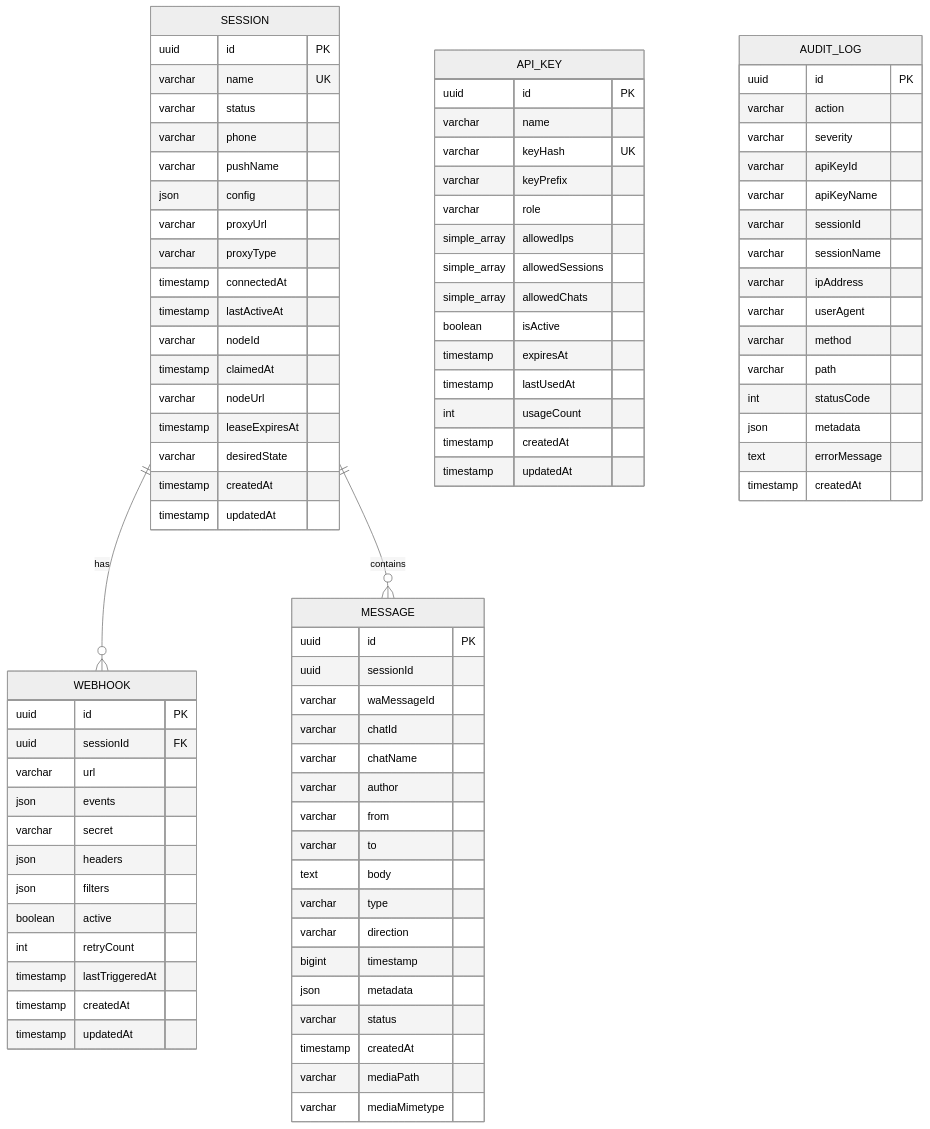
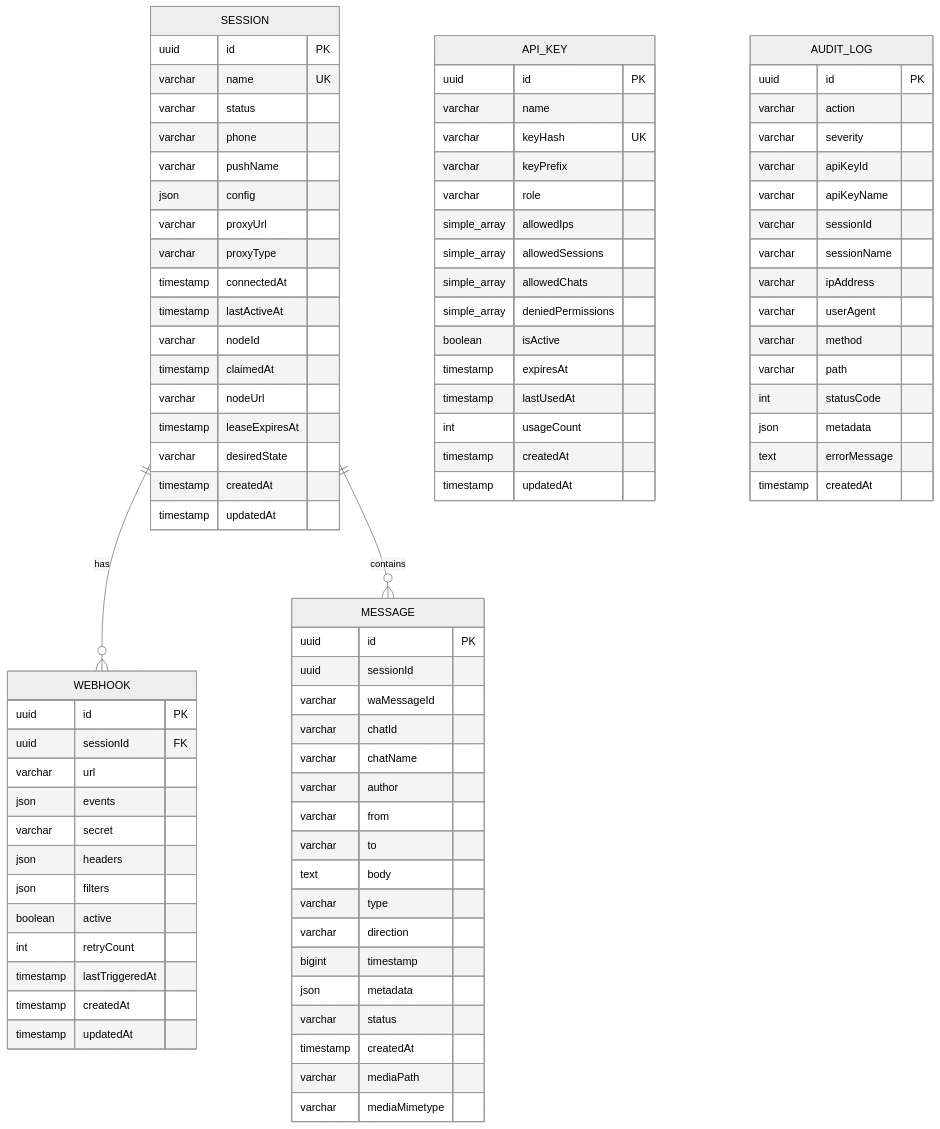
One commit to rmyndharis/OpenWA changed the first of 4 diagrams in docs/05-database-design.md. Above: the diagram before and after it, drawn with Mermaid (neutral theme). The commit also changed other lines of this file and 86 other files, not shown here.

```diff
--- a/docs/05-database-design.md
+++ b/docs/05-database-design.md
@@ -298,6 +298,7 @@
         simple_array allowedIps
         simple_array allowedSessions
         simple_array allowedChats
+        simple_array deniedPermissions
         boolean isActive
         timestamp expiresAt
         timestamp lastUsedAt
```
